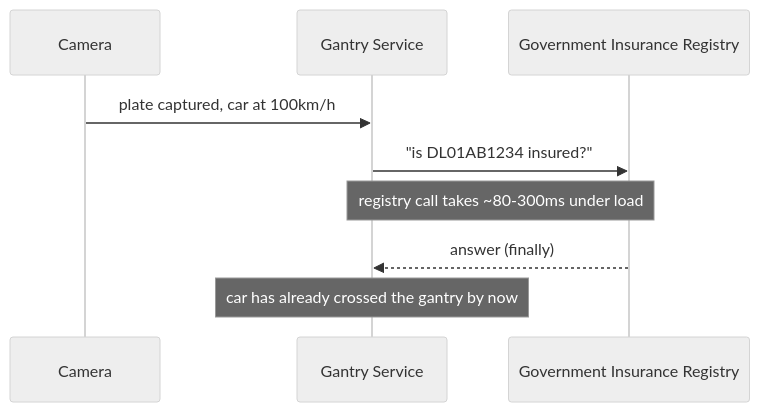
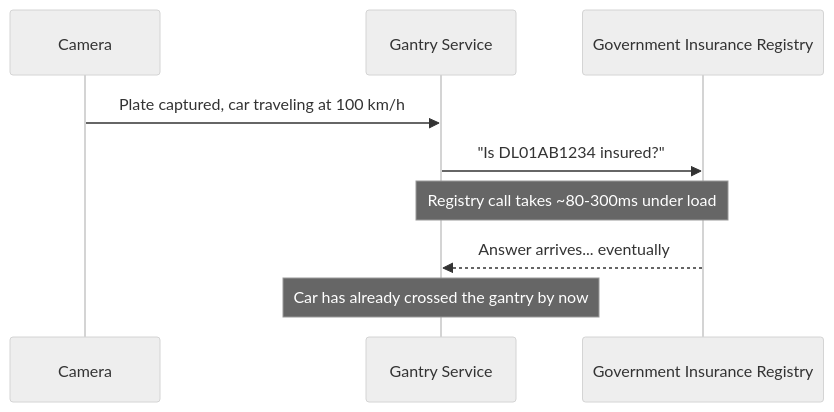
Before and after one commit to riyaz-pasha/Learnings: the first of 12 diagrams in system-design/HLD/0-course/49-Toll-Vehicle-Insurance-Validity-Check-FAANG-Guide-story.md, drawn with Mermaid (neutral theme). The commit also changed other lines of this file and 1 other file, not shown here.

Commit message:
[REWRITE] Toll Vehicle Insurance Validity Check story guide: simplify prose, add structure, fix diagrams

````diff
--- a/system-design/HLD/0-course/49-Toll-Vehicle-Insurance-Validity-Check-FAANG-Guide-story.md
+++ b/system-design/HLD/0-course/49-Toll-Vehicle-Insurance-Validity-Check-FAANG-Guide-story.md
@@ -15,12 +41,12 @@
 ```mermaid
 sequenceDiagram
     participant Cam as Camera
     participant Svc as Gantry Service
     participant Gov as Government Insurance Registry
 
-    Cam->>Svc: plate captured, car at 100km/h
-    Svc->>Gov: "is DL01AB1234 insured?"
-    Note over Svc,Gov: registry call takes ~80-300ms under load
-    Gov-->>Svc: answer (finally)
-    Note over Svc: car has already crossed the gantry by now
+    Cam->>Svc: Plate captured, car traveling at 100 km/h
+    Svc->>Gov: "Is DL01AB1234 insured?"
+    Note over Svc,Gov: Registry call takes ~80-300ms under load
+    Gov-->>Svc: Answer arrives... eventually
+    Note over Svc: Car has already crossed the gantry by now
 ```
````
